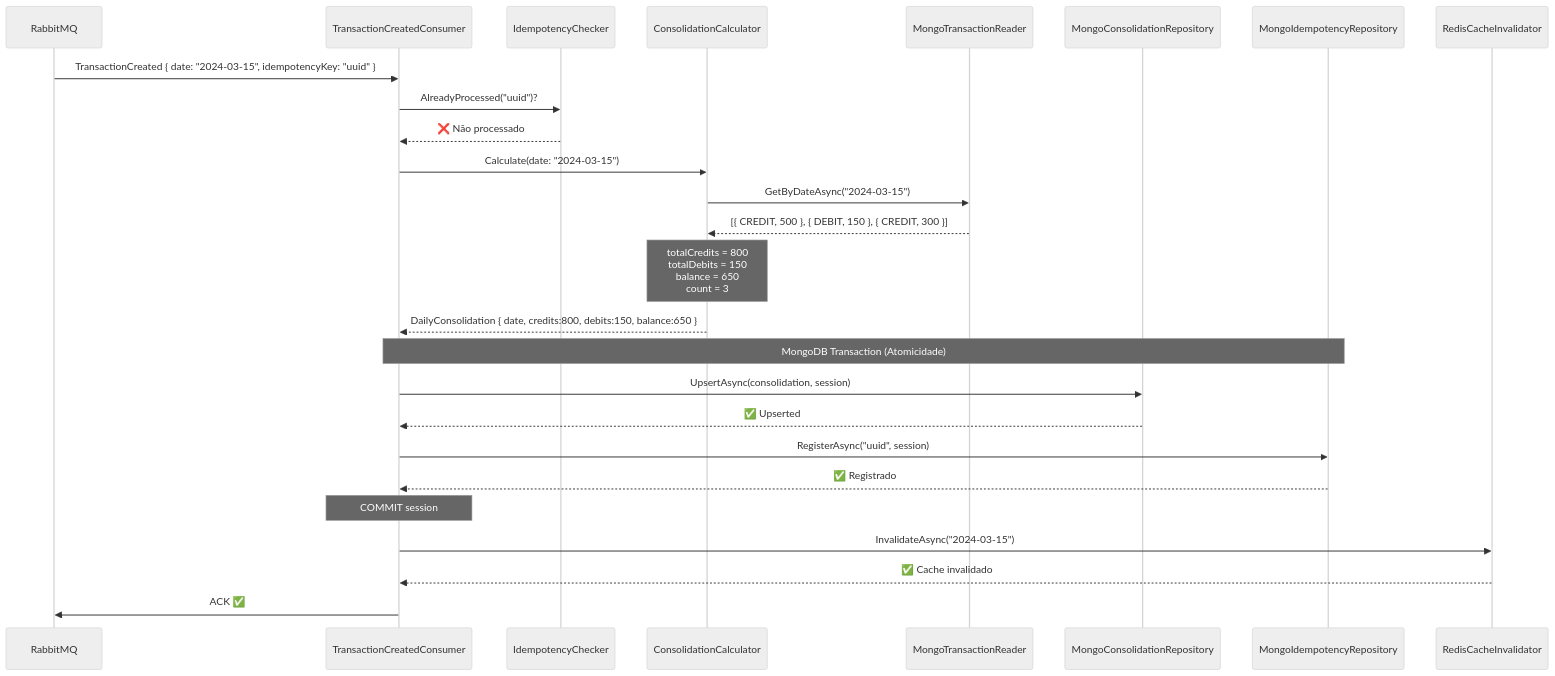
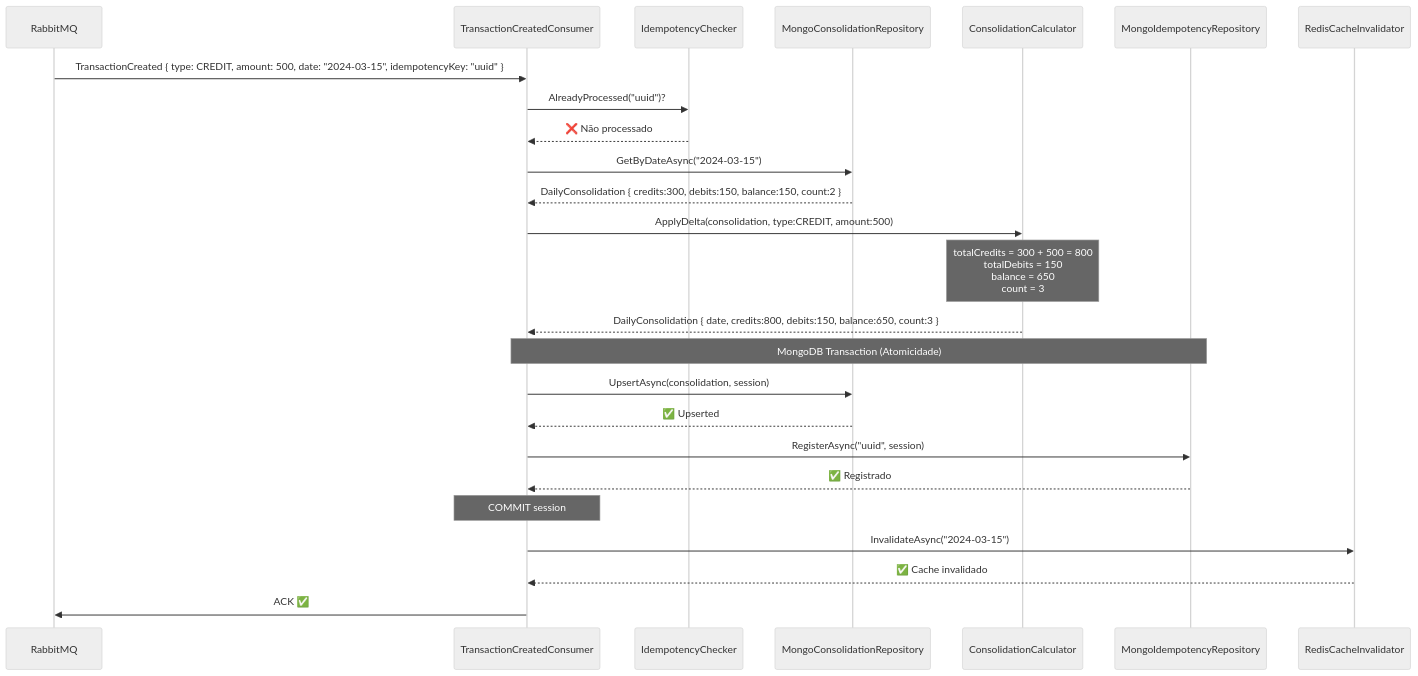
One commit to ddrsdiego/cash-flow-challenge-dotnet changed the third of 7 diagrams in docs/architecture/04-component-consolidation.md. Above: the diagram before and after it, drawn with Mermaid (neutral theme). The commit also changed other lines of this file and 13 other files, not shown here.

````diff
--- a/docs/architecture/04-component-consolidation.md
+++ b/docs/architecture/04-component-consolidation.md
@@ -267,39 +258,36 @@
 ```mermaid
 sequenceDiagram
     participant MQ as RabbitMQ
     participant CONS as TransactionCreatedConsumer
     participant IDEMP as IdempotencyChecker
+    participant REPO as MongoConsolidationRepository
     participant CALC as ConsolidationCalculator
-    participant TXREAD as MongoTransactionReader
-    participant REPO as MongoConsolidationRepository
     participant IDMPSTORE as MongoIdempotencyRepository
     participant CACHE as RedisCacheInvalidator
 
-    MQ->>CONS: TransactionCreated { date: "2024-03-15", idempotencyKey: "uuid" }
+    MQ->>CONS: TransactionCreated { type: CREDIT, amount: 500, date: "2024-03-15", idempotencyKey: "uuid" }
 
     CONS->>IDEMP: AlreadyProcessed("uuid")?
     IDEMP-->>CONS: ❌ Não processado
 
-    CONS->>CALC: Calculate(date: "2024-03-15")
+    CONS->>REPO: GetByDateAsync("2024-03-15")
+    REPO-->>CONS: DailyConsolidation { credits:300, debits:150, balance:150, count:2 }
 
-    CALC->>TXREAD: GetByDateAsync("2024-03-15")
-    TXREAD-->>CALC: [{ CREDIT, 500 }, { DEBIT, 150 }, { CREDIT, 300 }]
-
-    Note over CALC: totalCredits = 800<br/>totalDebits = 150<br/>balance = 650<br/>count = 3
-
-    CALC-->>CONS: DailyConsolidation { date, credits:800, debits:150, balance:650 }
+    CONS->>CALC: ApplyDelta(consolidation, type:CREDIT, amount:500)
+    Note over CALC: totalCredits = 300 + 500 = 800<br/>totalDebits  = 150<br/>balance      = 650<br/>count        = 3
+    CALC-->>CONS: DailyConsolidation { date, credits:800, debits:150, balance:650, count:3 }
 
     Note over CONS,IDMPSTORE: MongoDB Transaction (Atomicidade)
     CONS->>REPO: UpsertAsync(consolidation, session)
     REPO-->>CONS: ✅ Upserted
 
     CONS->>IDMPSTORE: RegisterAsync("uuid", session)
     IDMPSTORE-->>CONS: ✅ Registrado
 
     Note over CONS: COMMIT session
 
     CONS->>CACHE: InvalidateAsync("2024-03-15")
     CACHE-->>CONS: ✅ Cache invalidado
 
     CONS->>MQ: ACK ✅
 ```
````
